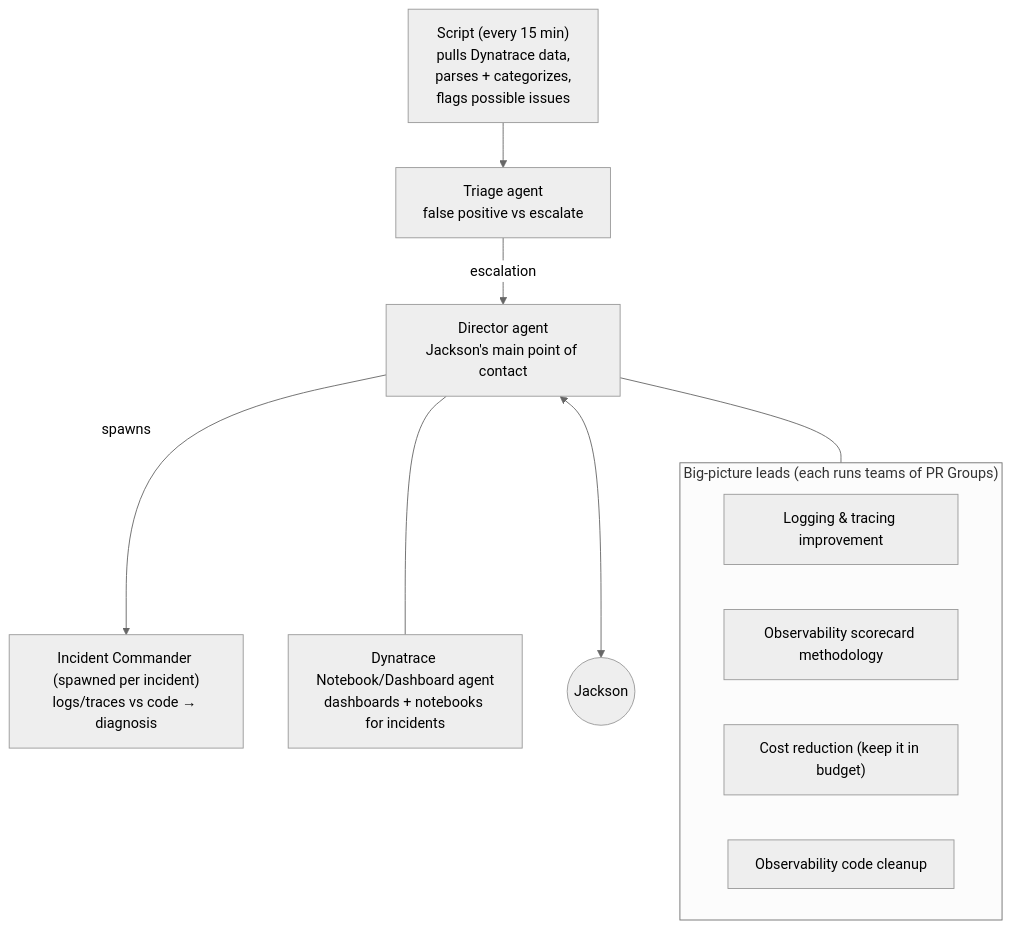
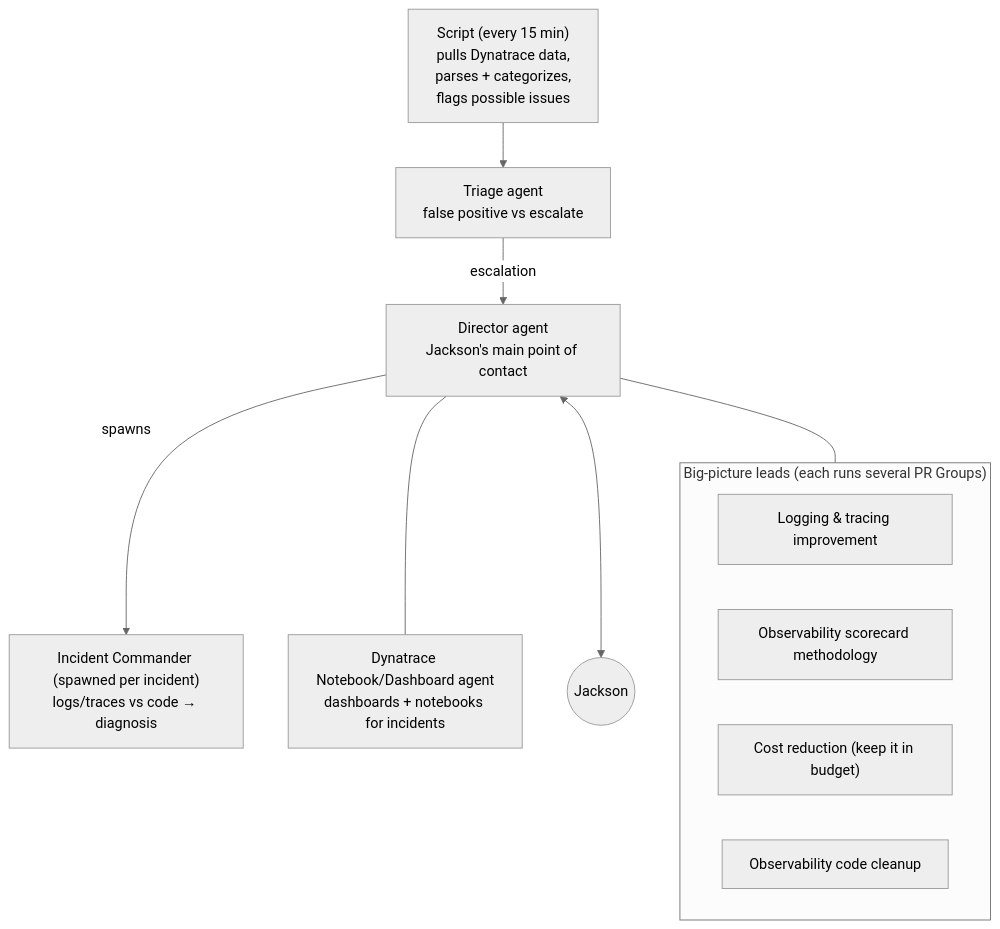
Before and after one commit to Jacksondr5/j5code: the diagram in docs/j5/product/fleet-vision.md, drawn with Mermaid (neutral theme). The commit also changed other lines of this file and 5 other files, not shown here.

````diff
--- a/docs/j5/product/fleet-vision.md
+++ b/docs/j5/product/fleet-vision.md
@@ -19,23 +19,23 @@
 ```mermaid
 flowchart TD
     CRON["Script (every 15 min)<br/>pulls Dynatrace data,<br/>parses + categorizes,<br/>flags possible issues"]
     TRIAGE["Triage agent<br/>false positive vs escalate"]
     DIR["Director agent<br/>Jackson's main point of contact"]
     IC["Incident Commander (spawned per incident)<br/>logs/traces vs code → diagnosis"]
     NB["Dynatrace Notebook/Dashboard agent<br/>dashboards + notebooks for incidents"]
     J(("Jackson"))
 
-    subgraph LEADS["Big-picture leads (each runs teams of PR Groups)"]
+    subgraph LEADS["Big-picture leads (each runs several PR Groups)"]
         L1["Logging & tracing improvement"]
         L2["Observability scorecard methodology"]
         L3["Cost reduction (keep it in budget)"]
         L4["Observability code cleanup"]
     end
 
     CRON --> TRIAGE
     TRIAGE -- "escalation" --> DIR
     DIR -- "spawns" --> IC
     DIR --- NB
     DIR --- LEADS
     DIR <--> J
 ```
````
